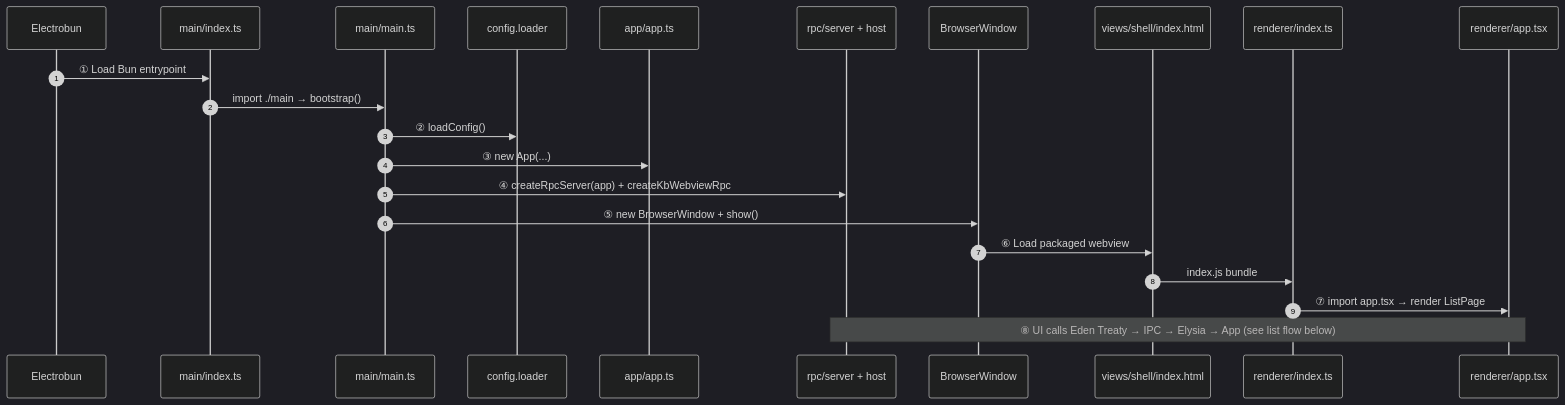
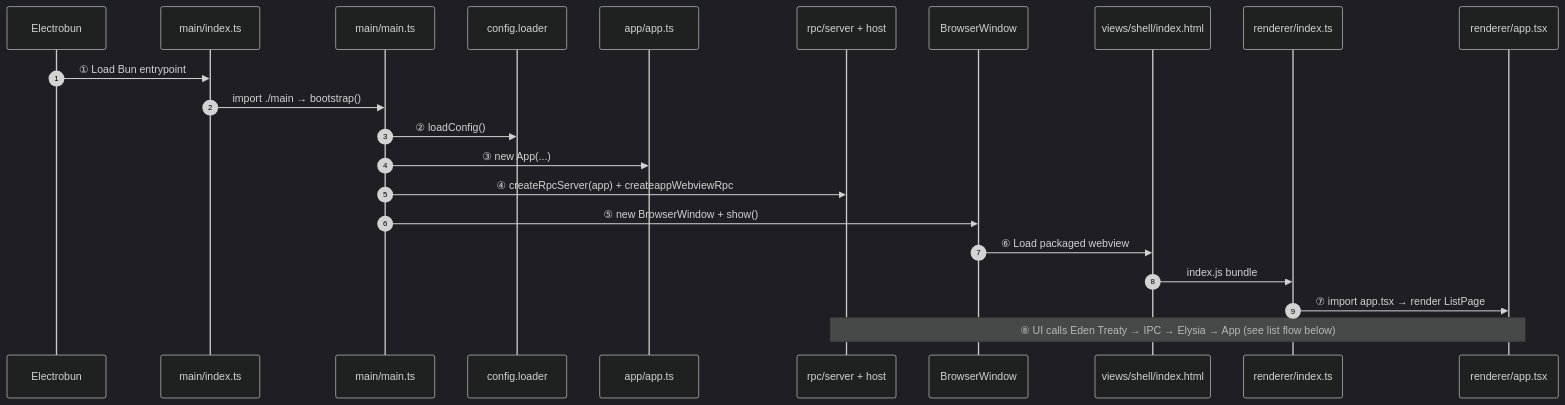
Before and after one commit to roalcantara/kodexb: the first of 5 diagrams in README.md, drawn with Mermaid (dark theme). The commit also changed other lines of this file and 152 other files, not shown here.

````diff
--- a/README.md
+++ b/README.md
@@ -56,25 +56,25 @@
 ```mermaid
 sequenceDiagram
   autonumber
   participant EB as Electrobun
   participant Entry as main/index.ts
   participant Boot as main/main.ts
   participant Cfg as config.loader
   participant App as app/app.ts
   participant Rpc as rpc/server + host
   participant Win as BrowserWindow
   participant Html as views/shell/index.html
   participant Rdx as renderer/index.ts
   participant React as renderer/app.tsx
 
   EB->>Entry: ① Load Bun entrypoint
   Entry->>Boot: import ./main → bootstrap()
   Boot->>Cfg: ② loadConfig()
   Boot->>App: ③ new App(...)
-  Boot->>Rpc: ④ createRpcServer(app) + createKbWebviewRpc
+  Boot->>Rpc: ④ createRpcServer(app) + createappWebviewRpc
   Boot->>Win: ⑤ new BrowserWindow + show()
   Win->>Html: ⑥ Load packaged webview
   Html->>Rdx: index.js bundle
   Rdx->>React: ⑦ import app.tsx → render ListPage
   Note over React,Rpc: ⑧ UI calls Eden Treaty → IPC → Elysia → App (see list flow below)
 ```
````
